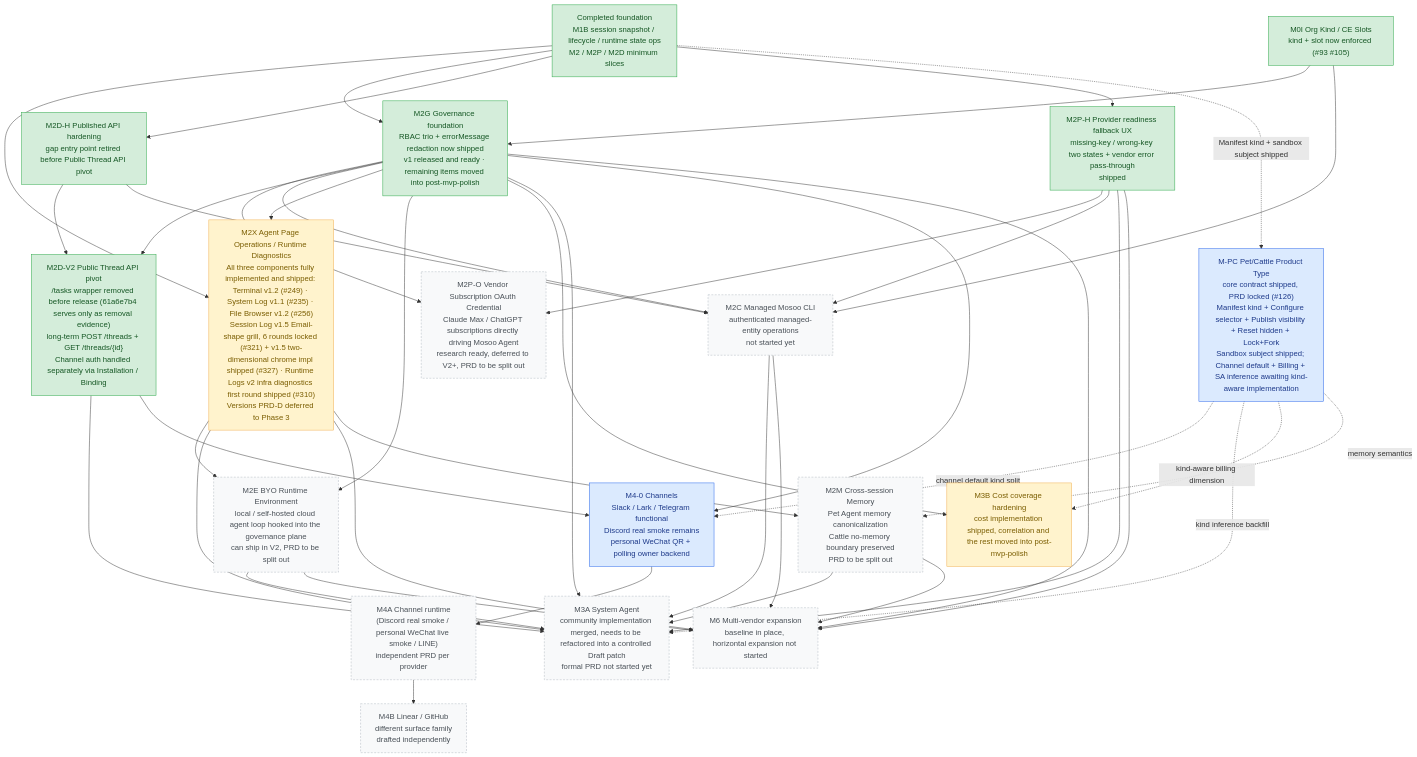
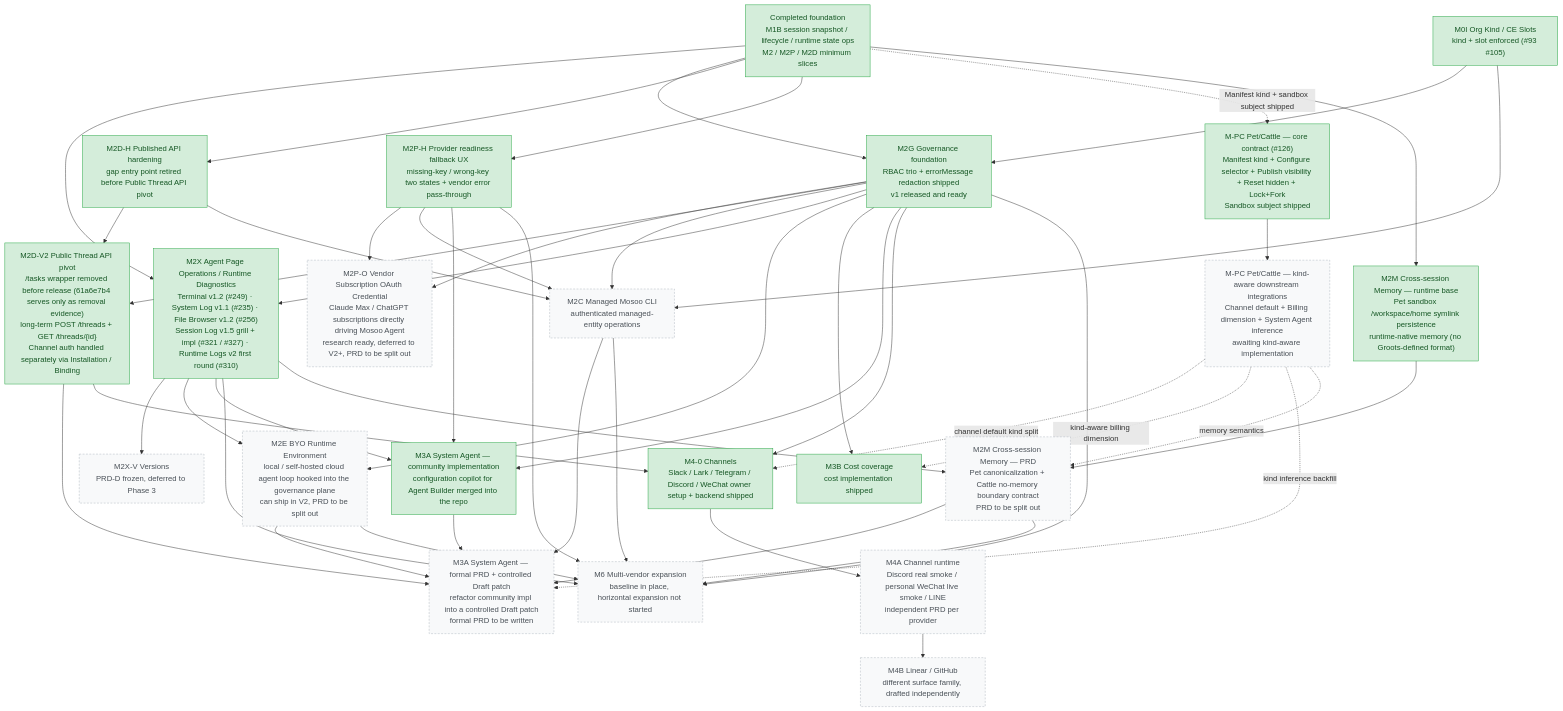
The diagram in docs/README.zh-Hans.md (langgenius/mosoo), drawn with Mermaid before and after one commit. The commit also changed other lines of this file and 1 other file, not shown here.

Commit message:
docs(roadmap): collapse to binary started / not-started states

````diff
--- a/docs/README.zh-Hans.md
+++ b/docs/README.zh-Hans.md
@@ -49,63 +51,66 @@
 ```mermaid
 flowchart TD
-  classDef done fill:#d4edda,stroke:#28a745,color:#155724
-  classDef inflight fill:#fff3cd,stroke:#f0ad4e,color:#7a5d00
-  classDef locked fill:#dbeafe,stroke:#2563eb,color:#1e3a8a
-  classDef todo fill:#f8f9fa,stroke:#adb5bd,color:#495057,stroke-dasharray:4 3
+  classDef started fill:#d4edda,stroke:#28a745,color:#155724
+  classDef notstarted fill:#f8f9fa,stroke:#adb5bd,color:#495057,stroke-dasharray:4 3
 
-  Base["Completed foundation<br/>M1B session snapshot / lifecycle / runtime state ops<br/>M2 / M2P / M2D minimum slices"]:::done
-  OrgKind["M0I Org Kind / CE Slots<br/>kind + slot now enforced (#93 #105)"]:::done
+  Base["Completed foundation<br/>M1B session snapshot / lifecycle / runtime state ops<br/>M2 / M2P / M2D minimum slices"]:::started
+  OrgKind["M0I Org Kind / CE Slots<br/>kind + slot enforced (#93 #105)"]:::started
 
-  Base --> Diagnostics["M2X Agent Page Operations / Runtime Diagnostics<br/>All three components fully implemented and shipped: Terminal v1.2 (#249) · System Log v1.1 (#235) · File Browser v1.2 (#256)<br/>Session Log v1.5 Email-shape grill, 6 rounds locked (#321) + v1.5 two-dimensional chrome impl shipped (#327) · Runtime Logs v2 infra diagnostics first round shipped (#310)<br/>Versions PRD-D deferred to Phase 3"]:::inflight
-  Base --> Gov["M2G Governance foundation<br/>RBAC trio + errorMessage redaction now shipped<br/>v1 released and ready · remaining items moved into post-mvp-polish"]:::done
-  Base --> Api["M2D-H Published API hardening<br/>gap entry point retired before Public Thread API pivot"]:::done
-  Api --> ThreadApi["M2D-V2 Public Thread API pivot<br/>/tasks wrapper removed before release (61a6e7b4 serves only as removal evidence)<br/>long-term POST /threads + GET /threads/{id}<br/>Channel auth handled separately via Installation / Binding"]:::done
-  Base --> Provider["M2P-H Provider readiness fallback UX<br/>missing-key / wrong-key two states + vendor error pass-through<br/>shipped"]:::done
-  Provider --> SubOAuth["M2P-O Vendor Subscription OAuth Credential<br/>Claude Max / ChatGPT subscriptions directly driving Mosoo Agent<br/>research ready, deferred to V2+, PRD to be split out"]:::todo
+  Base --> DiagShipped["M2X Agent Page Operations / Runtime Diagnostics<br/>Terminal v1.2 (#249) · System Log v1.1 (#235) · File Browser v1.2 (#256)<br/>Session Log v1.5 grill + impl (#321 / #327) · Runtime Logs v2 first round (#310)"]:::started
+  DiagShipped --> DiagVersions["M2X-V Versions<br/>PRD-D frozen, deferred to Phase 3"]:::notstarted
+
+  Base --> Gov["M2G Governance foundation<br/>RBAC trio + errorMessage redaction shipped<br/>v1 released and ready"]:::started
+  Base --> Api["M2D-H Published API hardening<br/>gap entry point retired before Public Thread API pivot"]:::started
+  Api --> ThreadApi["M2D-V2 Public Thread API pivot<br/>/tasks wrapper removed before release (61a6e7b4 serves only as removal evidence)<br/>long-term POST /threads + GET /threads/{id}<br/>Channel auth handled separately via Installation / Binding"]:::started
+  Base --> Provider["M2P-H Provider readiness fallback UX<br/>missing-key / wrong-key two states + vendor error pass-through"]:::started
+
+  Provider --> SubOAuth["M2P-O Vendor Subscription OAuth Credential<br/>Claude Max / ChatGPT subscriptions directly driving Mosoo Agent<br/>research ready, deferred to V2+, PRD to be split out"]:::notstarted
   Gov --> SubOAuth
 
   OrgKind --> Gov
   OrgKind --> Cli
-
   Gov --> ThreadApi
 
-  Api --> Cli["M2C Managed Mosoo CLI<br/>authenticated managed-entity operations<br/>not started yet"]:::todo
+  Api --> Cli["M2C Managed Mosoo CLI<br/>authenticated managed-entity operations"]:::notstarted
   Gov --> Cli
   Provider --> Cli
 
-  Gov --> Diagnostics
-  Diagnostics --> ByoEnv["M2E BYO Runtime Environment<br/>local / self-hosted cloud agent loop hooked into the governance plane<br/>can ship in V2, PRD to be split out"]:::todo
+  Gov --> DiagShipped
+  DiagShipped --> ByoEnv["M2E BYO Runtime Environment<br/>local / self-hosted cloud agent loop hooked into the governance plane<br/>can ship in V2, PRD to be split out"]:::notstarted
   Gov --> ByoEnv
 
-  Gov --> Cost["M3B Cost coverage hardening<br/>cost implementation shipped, correlation and the rest moved into post-mvp-polish"]:::inflight
+  Gov --> Cost["M3B Cost coverage<br/>cost implementation shipped"]:::started
 
-  Gov --> Sys["M3A System Agent<br/>community implementation merged, needs to be refactored into a controlled Draft patch<br/>formal PRD not started yet"]:::todo
-  Provider --> Sys
-  Diagnostics --> Sys
-  Cli --> Sys
-  ThreadApi --> Sys
-  ByoEnv --> Sys
+  Gov --> SysCommunity["M3A System Agent — community implementation<br/>configuration copilot for Agent Builder merged into the repo"]:::started
+  Provider --> SysCommunity
+  DiagShipped --> SysCommunity
+  SysCommunity --> SysFormal["M3A System Agent — formal PRD + controlled Draft patch<br/>refactor community impl into a controlled Draft patch<br/>formal PRD to be written"]:::notstarted
+  Cli --> SysFormal
+  ThreadApi --> SysFormal
+  ByoEnv --> SysFormal
 
-  ThreadApi --> Channel["M4-0 Channels<br/>Slack / Lark / Telegram functional<br/>Discord real smoke remains<br/>personal WeChat QR + polling owner backend"]:::locked
-  Gov --> Channel
-  Channel --> Im["M4A Channel runtime<br/>(Discord real smoke / personal WeChat live smoke / LINE)<br/>independent PRD per provider"]:::todo
-  Im --> Work["M4B Linear / GitHub<br/>different surface family<br/>drafted independently"]:::todo
+  ThreadApi --> ChannelCore["M4-0 Channels<br/>Slack / Lark / Telegram / Discord / WeChat owner setup + backend shipped"]:::started
+  Gov --> ChannelCore
+  ChannelCore --> Im["M4A Channel runtime<br/>Discord real smoke / personal WeChat live smoke / LINE<br/>independent PRD per provider"]:::notstarted
+  Im --> Work["M4B Linear / GitHub<br/>different surface family, drafted independently"]:::notstarted
 
-  Diagnostics --> Vendors["M6 Multi-vendor expansion<br/>baseline in place, horizontal expansion not started"]:::todo
+  DiagShipped --> Vendors["M6 Multi-vendor expansion<br/>baseline in place, horizontal expansion not started"]:::notstarted
   Provider --> Vendors
   Gov --> Vendors
   Cli --> Vendors
   ByoEnv --> Vendors
 
   %% --- Pet/Cattle orthogonal fork (2026-05-09 decision · 2026-05-10 PRD locked, cross-node increment) ---
-  PC["M-PC Pet/Cattle Product Type<br/>core contract shipped, PRD locked (#126)<br/>Manifest kind + Configure selector + Publish visibility + Reset hidden + Lock+Fork<br/>Sandbox subject shipped; Channel default + Billing + SA inference awaiting kind-aware implementation"]:::locked
-  Memory["M2M Cross-session Memory<br/>Pet Agent memory canonicalization<br/>Cattle no-memory boundary preserved<br/>PRD to be split out"]:::todo
-  Base -.Manifest kind + sandbox subject shipped.-> PC
-  PC -.channel default kind split.-> Channel
-  PC -.kind inference backfill.-> Sys
-  PC -.kind-aware billing dimension.-> Cost
-  PC -.memory semantics.-> Memory
-  Diagnostics --> Memory
-  Memory --> Sys
-  Memory --> Vendors
+  Base -.Manifest kind + sandbox subject shipped.-> PCCore["M-PC Pet/Cattle — core contract (#126)<br/>Manifest kind + Configure selector + Publish visibility + Reset hidden + Lock+Fork<br/>Sandbox subject shipped"]:::started
+  PCCore --> PCAdapt["M-PC Pet/Cattle — kind-aware downstream integrations<br/>Channel default + Billing dimension + System Agent inference<br/>awaiting kind-aware implementation"]:::notstarted
+  PCAdapt -.channel default kind split.-> ChannelCore
+  PCAdapt -.kind-aware billing dimension.-> Cost
+  PCAdapt -.kind inference backfill.-> SysFormal
+
+  Base --> MemoryBase["M2M Cross-session Memory — runtime base<br/>Pet sandbox /workspace/home symlink persistence<br/>runtime-native memory (no Groots-defined format)"]:::started
+  MemoryBase --> MemoryPrd["M2M Cross-session Memory — PRD<br/>Pet canonicalization + Cattle no-memory boundary contract<br/>PRD to be split out"]:::notstarted
+  DiagShipped --> MemoryPrd
+  PCAdapt -.memory semantics.-> MemoryPrd
+  MemoryPrd --> SysFormal
+  MemoryPrd --> Vendors
 ```
````
